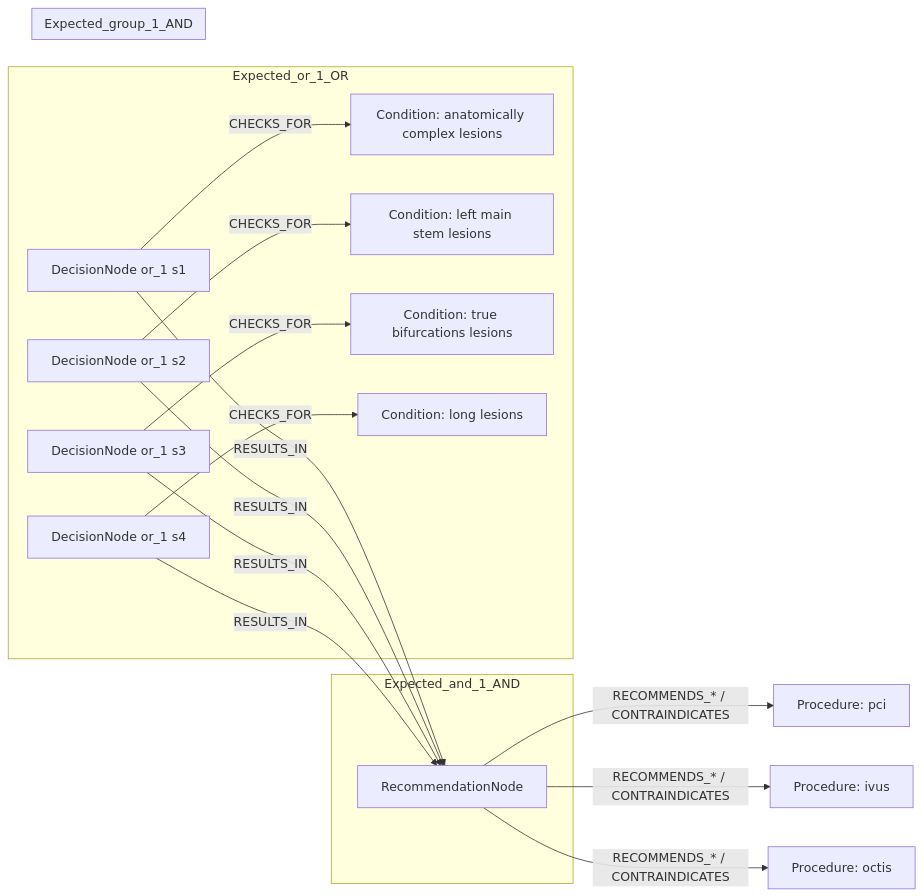
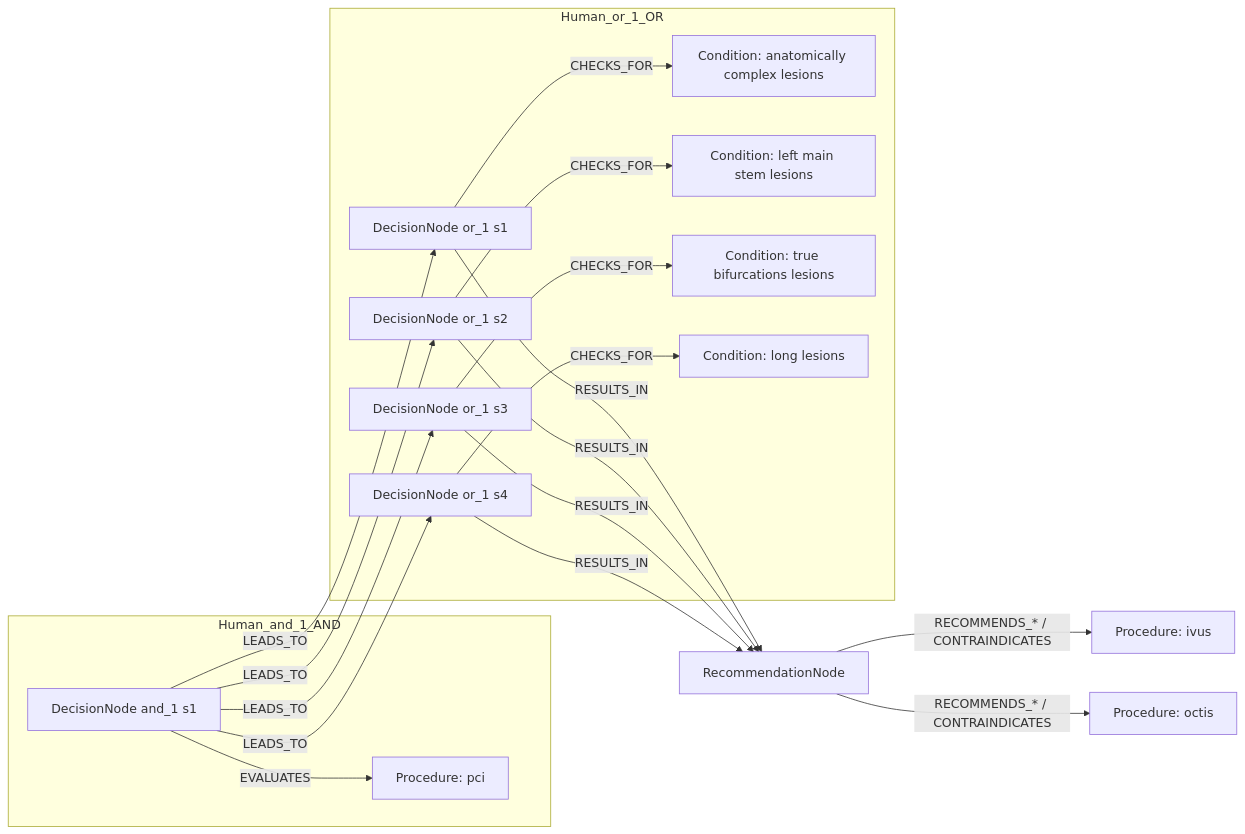
The first of 2 diagrams in docs/table22_rows/row_16.md (dieterich-lab/CardioGuidelinesGraph), drawn with Mermaid before and after one commit. The commit also changed other lines of this file and 18 other files, not shown here.

Commit message:
Adjust mermaid for conditions/actions

````diff
--- a/docs/table22_rows/row_16.md
+++ b/docs/table22_rows/row_16.md
@@ -181,34 +181,35 @@
 ```mermaid
 graph LR
   REC[RecommendationNode]
-  ACT1[Procedure: pci]
+  ACT1[Procedure: ivus]
   REC -->|RECOMMENDS_* / CONTRAINDICATES| ACT1
-  ACT2[Procedure: ivus]
+  ACT2[Procedure: octis]
   REC -->|RECOMMENDS_* / CONTRAINDICATES| ACT2
-  ACT3[Procedure: octis]
-  REC -->|RECOMMENDS_* / CONTRAINDICATES| ACT3
-  subgraph Expected_and_1_AND
-    REC
+  subgraph Human_and_1_AND
+    D_and_1_1[DecisionNode and_1 s1]
+    C_and_1_1[Procedure: pci]
+    D_and_1_1 -->|EVALUATES| C_and_1_1
   end
-  subgraph Expected_or_1_OR
+  subgraph Human_or_1_OR
     D_or_1_1[DecisionNode or_1 s1]
     C_or_1_1[Condition: anatomically complex lesions]
     D_or_1_1 -->|CHECKS_FOR| C_or_1_1
     D_or_1_2[DecisionNode or_1 s2]
     C_or_1_2[Condition: left main stem lesions]
     D_or_1_2 -->|CHECKS_FOR| C_or_1_2
     D_or_1_3[DecisionNode or_1 s3]
     C_or_1_3[Condition: true bifurcations lesions]
     D_or_1_3 -->|CHECKS_FOR| C_or_1_3
     D_or_1_4[DecisionNode or_1 s4]
     C_or_1_4[Condition: long lesions]
     D_or_1_4 -->|CHECKS_FOR| C_or_1_4
-  end
-  subgraph Expected_group_1_AND
-    REC
+    D_and_1_1 -->|LEADS_TO| D_or_1_1
+    D_and_1_1 -->|LEADS_TO| D_or_1_2
+    D_and_1_1 -->|LEADS_TO| D_or_1_3
+    D_and_1_1 -->|LEADS_TO| D_or_1_4
   end
   D_or_1_1 -->|RESULTS_IN| REC
   D_or_1_2 -->|RESULTS_IN| REC
   D_or_1_3 -->|RESULTS_IN| REC
   D_or_1_4 -->|RESULTS_IN| REC
 ```
````
